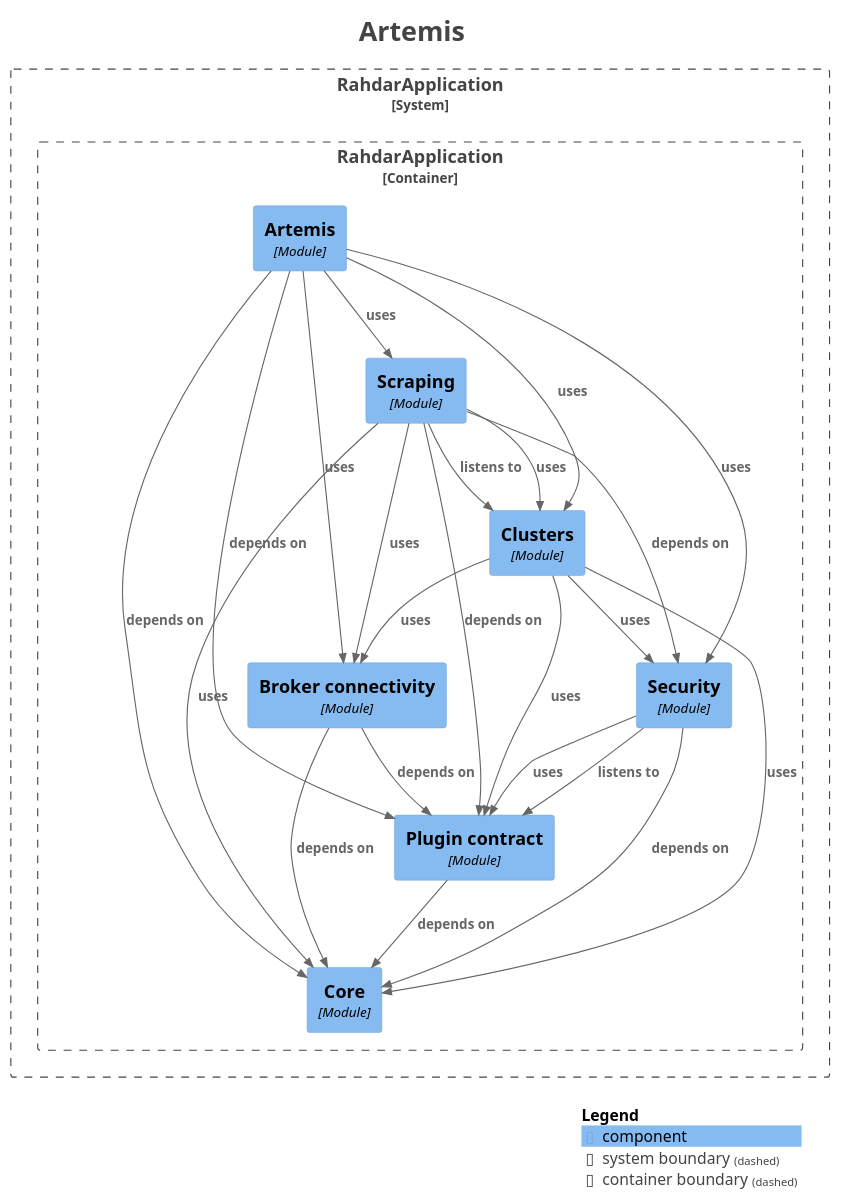
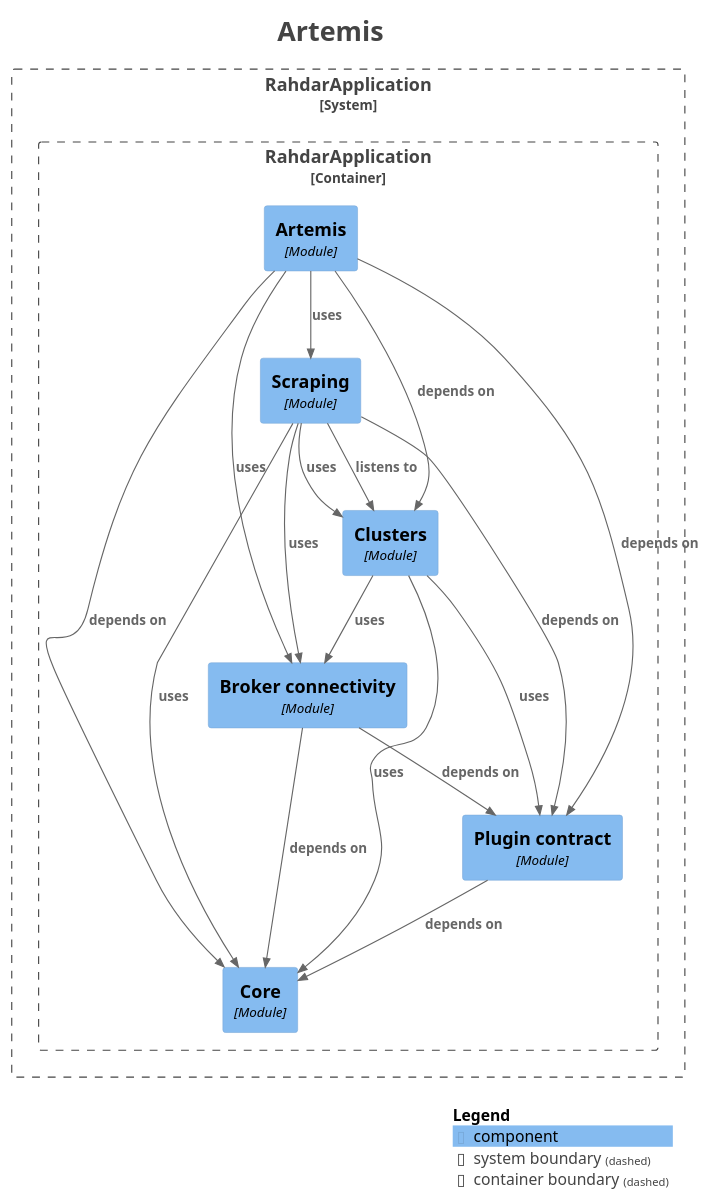
One commit to sudoitir/rahdar changed the diagram in docs/modules/module-system.artemis.puml. Above: the diagram before and after it, drawn with PlantUML. The commit also changed 130 other files, not shown here.

```diff
--- a/docs/modules/module-system.artemis.puml
+++ b/docs/modules/module-system.artemis.puml
@@ -1,56 +1,49 @@
 @startuml
 title <size:24>Artemis</size>
 
 set separator none
 top to bottom direction
 
 <style>
   root {
     BackgroundColor: #ffffff
     FontColor: #444444
   }
 </style>
 
 !include <C4/C4>
 !include <C4/C4_Context>
 !include <C4/C4_Component>
 
 System_Boundary("RahdarApplication_boundary", "RahdarApplication", $tags="") {
   Container_Boundary("RahdarApplication.RahdarApplication_boundary", "RahdarApplication", $tags="") {
     Component(RahdarApplication.RahdarApplication.Artemis, "Artemis", $techn="Module", $descr="", $tags="", $link="")
     Component(RahdarApplication.RahdarApplication.Brokerconnectivity, "Broker connectivity", $techn="Module", $descr="", $tags="", $link="")
     Component(RahdarApplication.RahdarApplication.Clusters, "Clusters", $techn="Module", $descr="", $tags="", $link="")
     Component(RahdarApplication.RahdarApplication.Core, "Core", $techn="Module", $descr="", $tags="", $link="")
     Component(RahdarApplication.RahdarApplication.Plugincontract, "Plugin contract", $techn="Module", $descr="", $tags="", $link="")
     Component(RahdarApplication.RahdarApplication.Scraping, "Scraping", $techn="Module", $descr="", $tags="", $link="")
-    Component(RahdarApplication.RahdarApplication.Security, "Security", $techn="Module", $descr="", $tags="", $link="")
   }
 
 }
 
 Rel(RahdarApplication.RahdarApplication.Artemis, RahdarApplication.RahdarApplication.Brokerconnectivity, "uses", $techn="", $tags="", $link="")
-Rel(RahdarApplication.RahdarApplication.Artemis, RahdarApplication.RahdarApplication.Clusters, "uses", $techn="", $tags="", $link="")
+Rel(RahdarApplication.RahdarApplication.Artemis, RahdarApplication.RahdarApplication.Clusters, "depends on", $techn="", $tags="", $link="")
 Rel(RahdarApplication.RahdarApplication.Artemis, RahdarApplication.RahdarApplication.Core, "depends on", $techn="", $tags="", $link="")
 Rel(RahdarApplication.RahdarApplication.Artemis, RahdarApplication.RahdarApplication.Plugincontract, "depends on", $techn="", $tags="", $link="")
 Rel(RahdarApplication.RahdarApplication.Artemis, RahdarApplication.RahdarApplication.Scraping, "uses", $techn="", $tags="", $link="")
-Rel(RahdarApplication.RahdarApplication.Artemis, RahdarApplication.RahdarApplication.Security, "uses", $techn="", $tags="", $link="")
 Rel(RahdarApplication.RahdarApplication.Brokerconnectivity, RahdarApplication.RahdarApplication.Core, "depends on", $techn="", $tags="", $link="")
 Rel(RahdarApplication.RahdarApplication.Brokerconnectivity, RahdarApplication.RahdarApplication.Plugincontract, "depends on", $techn="", $tags="", $link="")
 Rel(RahdarApplication.RahdarApplication.Clusters, RahdarApplication.RahdarApplication.Brokerconnectivity, "uses", $techn="", $tags="", $link="")
 Rel(RahdarApplication.RahdarApplication.Clusters, RahdarApplication.RahdarApplication.Core, "uses", $techn="", $tags="", $link="")
 Rel(RahdarApplication.RahdarApplication.Clusters, RahdarApplication.RahdarApplication.Plugincontract, "uses", $techn="", $tags="", $link="")
-Rel(RahdarApplication.RahdarApplication.Clusters, RahdarApplication.RahdarApplication.Security, "uses", $techn="", $tags="", $link="")
 Rel(RahdarApplication.RahdarApplication.Plugincontract, RahdarApplication.RahdarApplication.Core, "depends on", $techn="", $tags="", $link="")
 Rel(RahdarApplication.RahdarApplication.Scraping, RahdarApplication.RahdarApplication.Brokerconnectivity, "uses", $techn="", $tags="", $link="")
 Rel(RahdarApplication.RahdarApplication.Scraping, RahdarApplication.RahdarApplication.Clusters, "listens to", $techn="", $tags="", $link="")
 Rel(RahdarApplication.RahdarApplication.Scraping, RahdarApplication.RahdarApplication.Clusters, "uses", $techn="", $tags="", $link="")
 Rel(RahdarApplication.RahdarApplication.Scraping, RahdarApplication.RahdarApplication.Core, "uses", $techn="", $tags="", $link="")
 Rel(RahdarApplication.RahdarApplication.Scraping, RahdarApplication.RahdarApplication.Plugincontract, "depends on", $techn="", $tags="", $link="")
-Rel(RahdarApplication.RahdarApplication.Scraping, RahdarApplication.RahdarApplication.Security, "depends on", $techn="", $tags="", $link="")
-Rel(RahdarApplication.RahdarApplication.Security, RahdarApplication.RahdarApplication.Core, "depends on", $techn="", $tags="", $link="")
-Rel(RahdarApplication.RahdarApplication.Security, RahdarApplication.RahdarApplication.Plugincontract, "listens to", $techn="", $tags="", $link="")
-Rel(RahdarApplication.RahdarApplication.Security, RahdarApplication.RahdarApplication.Plugincontract, "uses", $techn="", $tags="", $link="")
 
 SHOW_LEGEND(true)
 hide stereotypes
 @enduml
```
